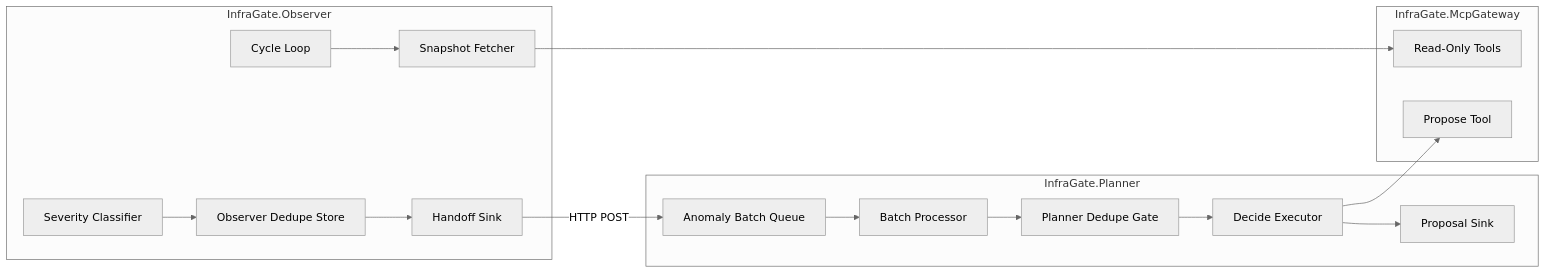
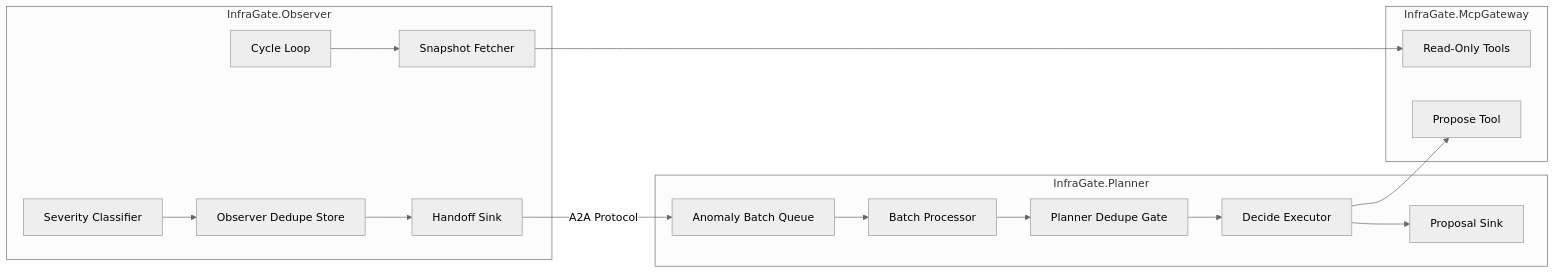
The second of 5 diagrams in docs/observer-planner-flow.md (mirusser/Kubernetes-MCP-Guard), drawn with Mermaid (neutral theme) before and after one commit. The commit also changed other lines of this file and 24 other files, not shown here.

````diff
--- a/docs/observer-planner-flow.md
+++ b/docs/observer-planner-flow.md
@@ -36,36 +36,36 @@
 ```mermaid
 flowchart LR
     subgraph observer[InfraGate.Observer]
         obsCycle[Cycle Loop]
         obsSnap[Snapshot Fetcher]
         obsClassify[Severity Classifier]
         obsDedupe[Observer Dedupe Store]
         obsSink[Handoff Sink]
     end
 
     subgraph gateway[InfraGate.McpGateway]
         mcpTools[Read-Only Tools]
         mcpPropose[Propose Tool]
     end
 
     subgraph planner[InfraGate.Planner]
         planQueue[Anomaly Batch Queue]
         planBatch[Batch Processor]
         planDedupe[Planner Dedupe Gate]
         planAgent[Decide Executor]
         planSink[Proposal Sink]
     end
 
     obsCycle --> obsSnap
     obsSnap --> mcpTools
     obsClassify --> obsDedupe
     obsDedupe --> obsSink
     
-    obsSink -->|HTTP POST| planQueue
+    obsSink -->|A2A Protocol| planQueue
     
     planQueue --> planBatch
     planBatch --> planDedupe
     planDedupe --> planAgent
     planAgent --> mcpPropose
     planAgent --> planSink
 ```
````
